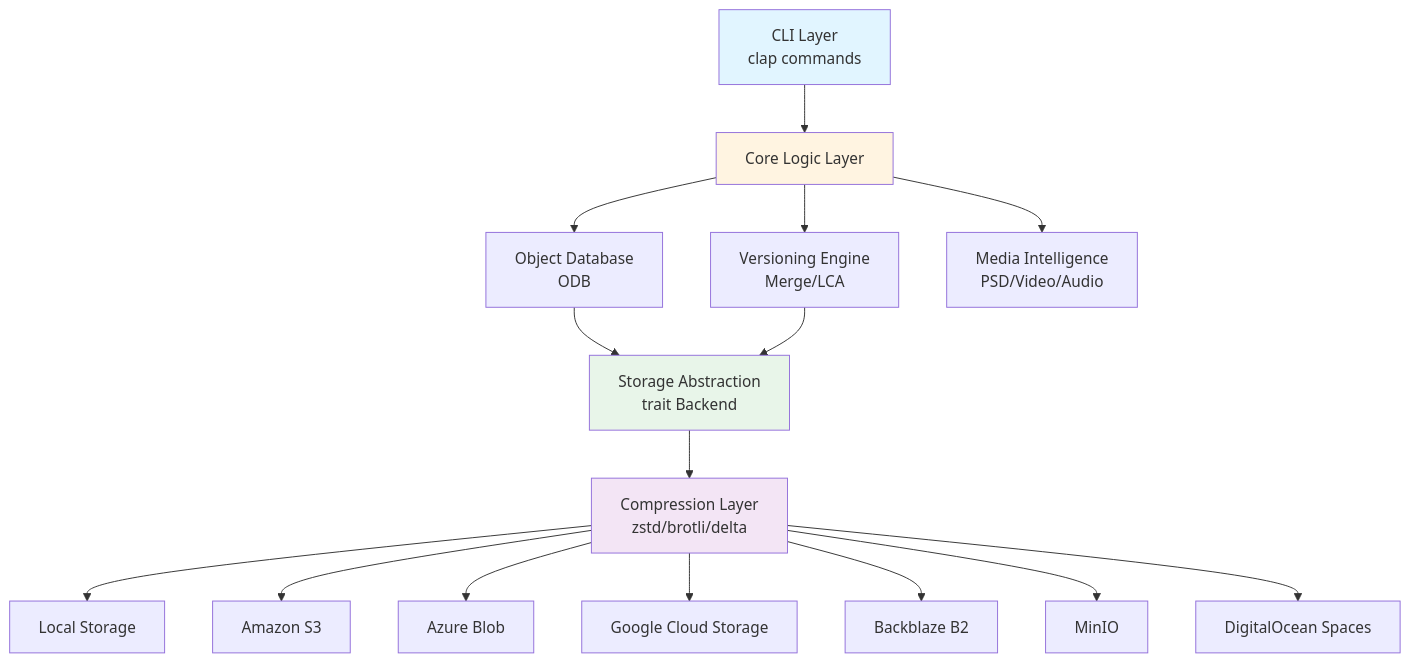
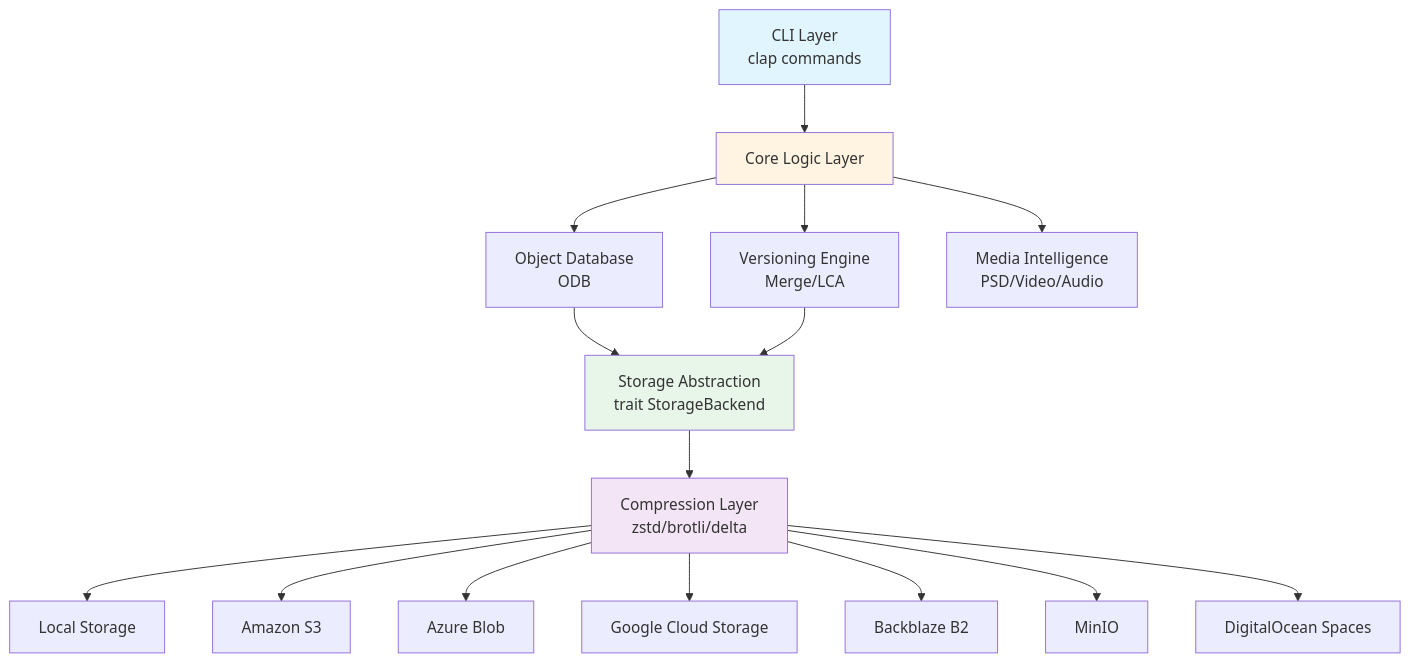
One commit to winnyboy5/mediagit-core changed the first of 2 diagrams in book/src/architecture/README.md. Above: the diagram before and after it, drawn with Mermaid. The commit also changed other lines of this file and 126 other files, not shown here.

````diff
--- a/book/src/architecture/README.md
+++ b/book/src/architecture/README.md
@@ -7,25 +7,25 @@
 ```mermaid
 graph TB
     CLI[CLI Layer<br/>clap commands] --> Core[Core Logic Layer]
     Core --> ODB[Object Database<br/>ODB]
     Core --> Versioning[Versioning Engine<br/>Merge/LCA]
     Core --> Media[Media Intelligence<br/>PSD/Video/Audio]
 
-    ODB --> Storage[Storage Abstraction<br/>trait Backend]
+    ODB --> Storage[Storage Abstraction<br/>trait StorageBackend]
     Versioning --> Storage
 
     Storage --> Compression[Compression Layer<br/>zstd/brotli/delta]
 
     Compression --> Local[Local Storage]
     Compression --> S3[Amazon S3]
     Compression --> Azure[Azure Blob]
     Compression --> GCS[Google Cloud Storage]
     Compression --> B2[Backblaze B2]
     Compression --> MinIO[MinIO]
     Compression --> Spaces[DigitalOcean Spaces]
 
     style CLI fill:#e1f5ff
     style Core fill:#fff4e1
     style Storage fill:#e8f5e9
     style Compression fill:#f3e5f5
 ```
````
